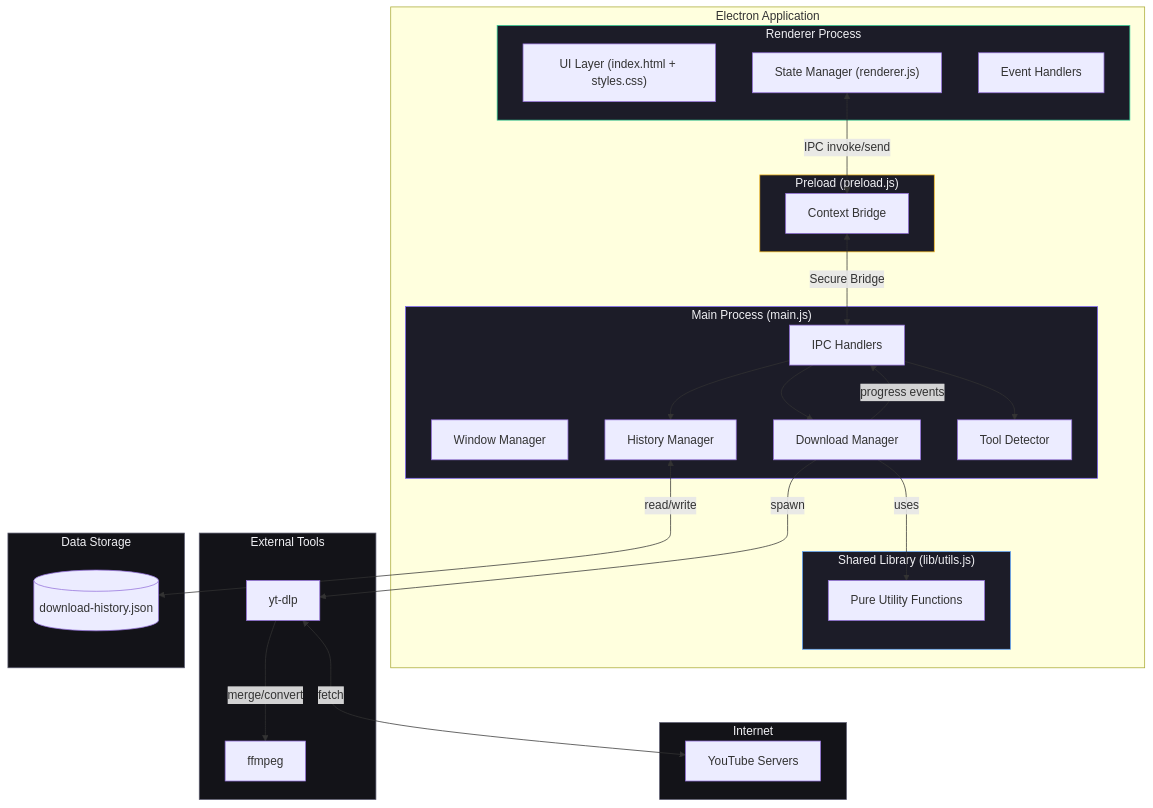
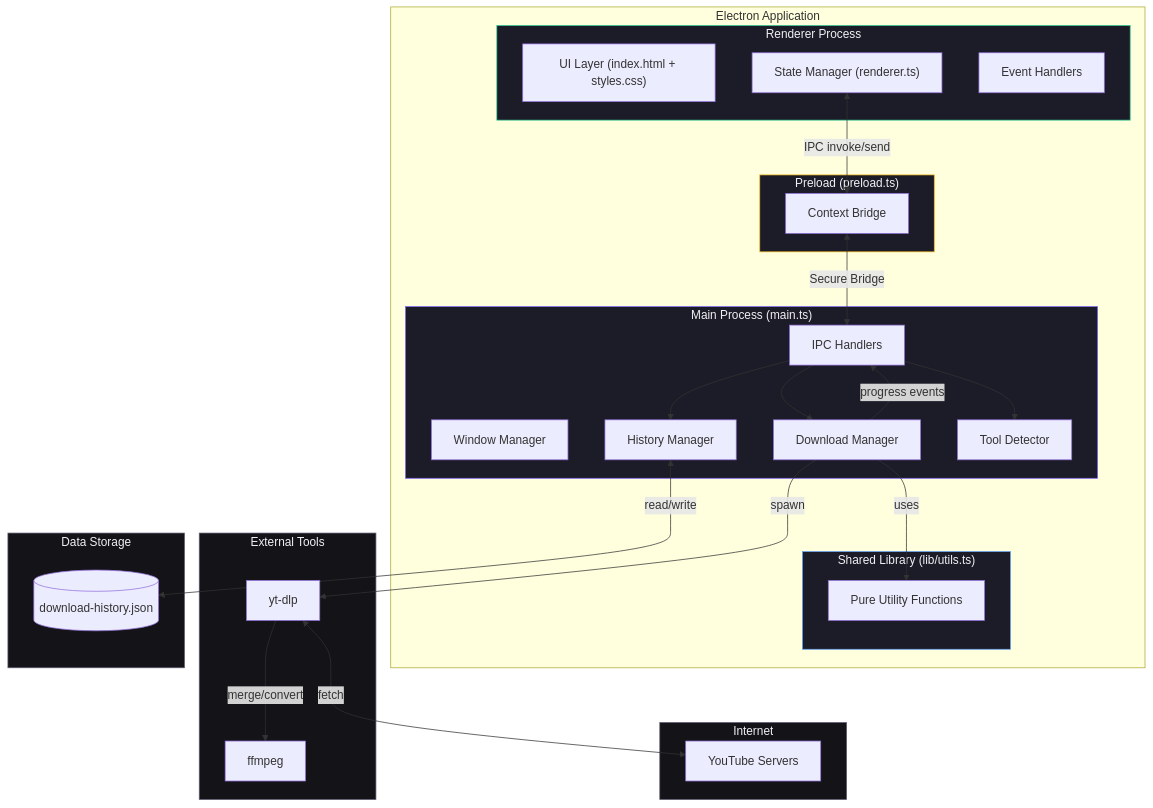
One commit to rishat5081/youtube-video-downloader changed the first of 4 diagrams in README.md. Above: the diagram before and after it, drawn with Mermaid. The commit also changed other lines of this file and 22 other files, not shown here.

````diff
--- a/README.md
+++ b/README.md
@@ -161,59 +166,59 @@
 ```mermaid
 graph TB
     subgraph Electron["Electron Application"]
-        subgraph Main["Main Process (main.js)"]
+        subgraph Main["Main Process (main.ts)"]
             WM[Window Manager]
             IPC[IPC Handlers]
             DM[Download Manager]
             HM[History Manager]
             TD[Tool Detector]
         end
 
-        subgraph Preload["Preload (preload.js)"]
+        subgraph Preload["Preload (preload.ts)"]
             CB[Context Bridge]
         end
 
         subgraph Renderer["Renderer Process"]
             UI["UI Layer (index.html + styles.css)"]
-            SM["State Manager (renderer.js)"]
+            SM["State Manager (renderer.ts)"]
             EH[Event Handlers]
         end
 
-        subgraph Lib["Shared Library (lib/utils.js)"]
+        subgraph Lib["Shared Library (lib/utils.ts)"]
             FN[Pure Utility Functions]
         end
     end
 
     subgraph External["External Tools"]
         YTDLP[yt-dlp]
         FFMPEG[ffmpeg]
     end
 
     subgraph Storage["Data Storage"]
         JSON[(download-history.json)]
     end
 
     subgraph Web["Internet"]
         YT[YouTube Servers]
     end
 
     SM <-->|"IPC invoke/send"| CB
     CB <-->|"Secure Bridge"| IPC
     IPC --> DM
     IPC --> HM
     IPC --> TD
     DM -->|"uses"| FN
     DM -->|"spawn"| YTDLP
     YTDLP -->|"merge/convert"| FFMPEG
     YTDLP <-->|"fetch"| YT
     HM <-->|"read/write"| JSON
     DM -->|"progress events"| IPC
 
     style Main fill:#1c1c28,stroke:#7c65f6,color:#f0f0f4
     style Renderer fill:#1c1c28,stroke:#34d399,color:#f0f0f4
     style Preload fill:#1c1c28,stroke:#fbbf24,color:#f0f0f4
     style Lib fill:#1c1c28,stroke:#60a5fa,color:#f0f0f4
     style External fill:#131318,stroke:#5c5c70,color:#f0f0f4
     style Storage fill:#131318,stroke:#5c5c70,color:#f0f0f4
     style Web fill:#131318,stroke:#5c5c70,color:#f0f0f4
 ```
````
